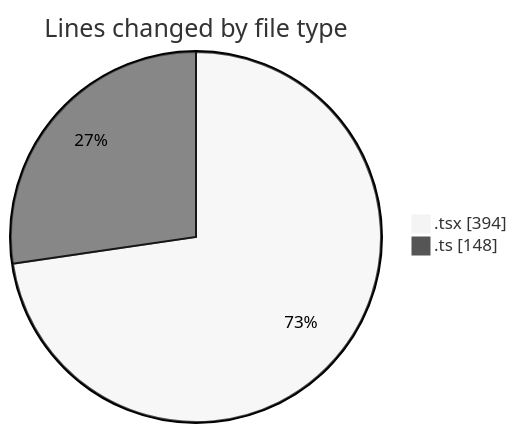
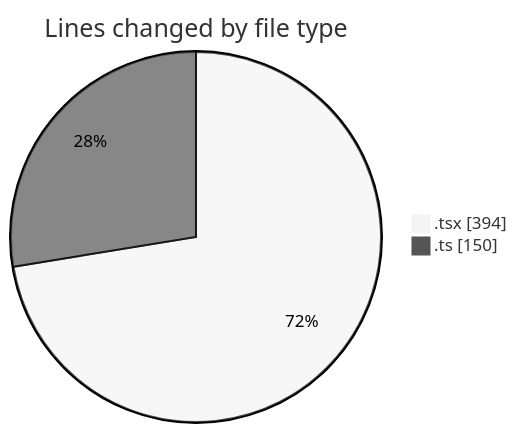
The first of 2 diagrams in 2025-05-20/mbc-web/README.md (robertbonfada/code-tracking), drawn with Mermaid (neutral theme) before and after one commit. The commit also changed other lines of this file and 1 other file, not shown here.

````diff
--- a/2025-05-20/mbc-web/README.md
+++ b/2025-05-20/mbc-web/README.md
@@ -24,6 +24,6 @@
 ```mermaid
 pie showData
 title Lines changed by file type
 ".tsx" : 394
-".ts" : 148
+".ts" : 150
 ```
````
